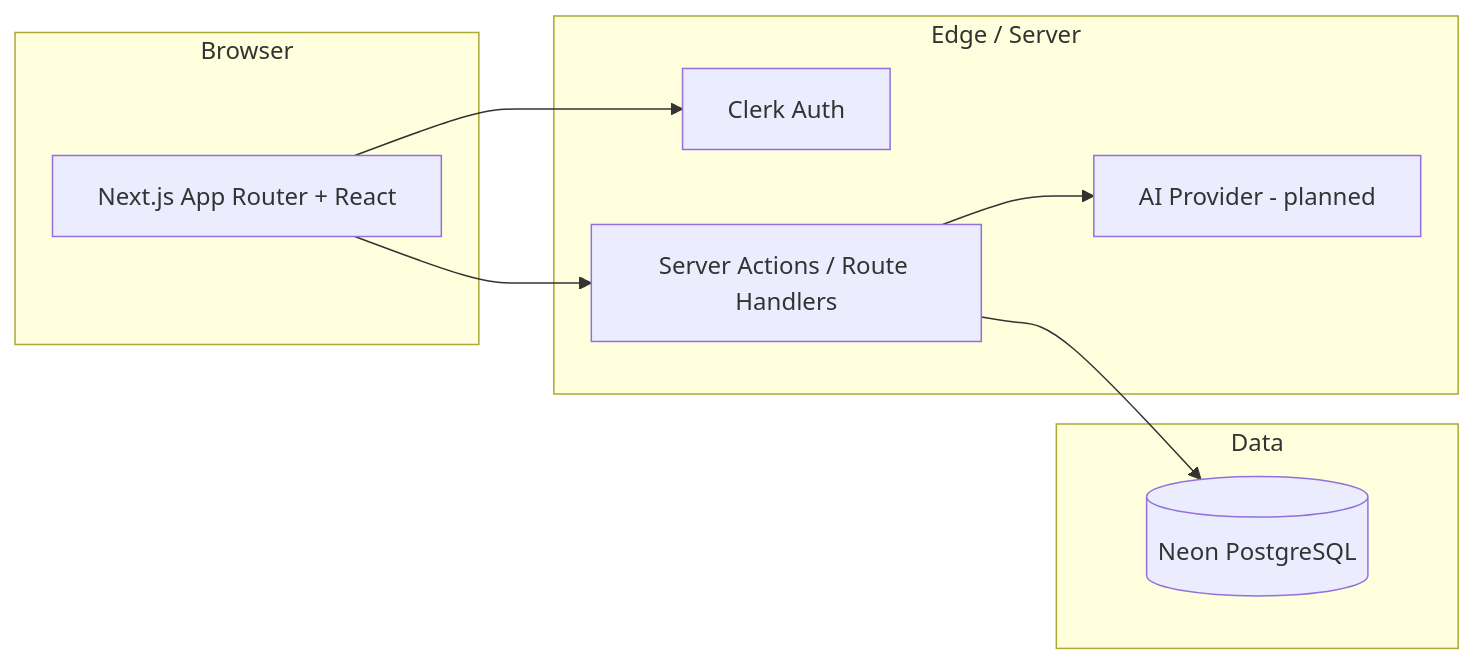
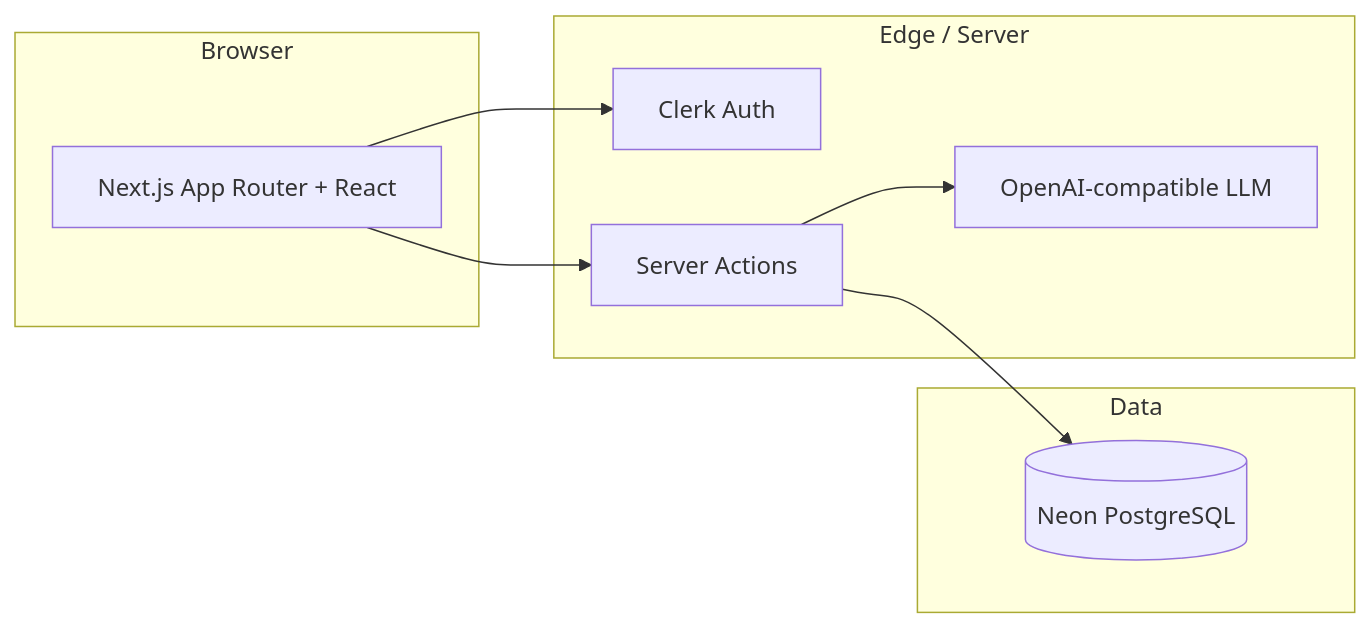
Before and after one commit to endeavourmonk/StudyNova: the diagram in README.md, drawn with Mermaid. The commit also changed other lines of this file and 1 other file, not shown here.

````diff
--- a/README.md
+++ b/README.md
@@ -76,18 +84,18 @@
 ```mermaid
 flowchart LR
   subgraph client [Browser]
     UI[Next.js App Router + React]
   end
   subgraph edge [Edge / Server]
     Clerk[Clerk Auth]
-    SA[Server Actions / Route Handlers]
-    AI[AI Provider - planned]
+    SA[Server Actions]
+    AI[OpenAI-compatible LLM]
   end
   subgraph data [Data]
     Neon[(Neon PostgreSQL)]
   end
   UI --> Clerk
   UI --> SA
   SA --> Neon
   SA --> AI
 ```
````
